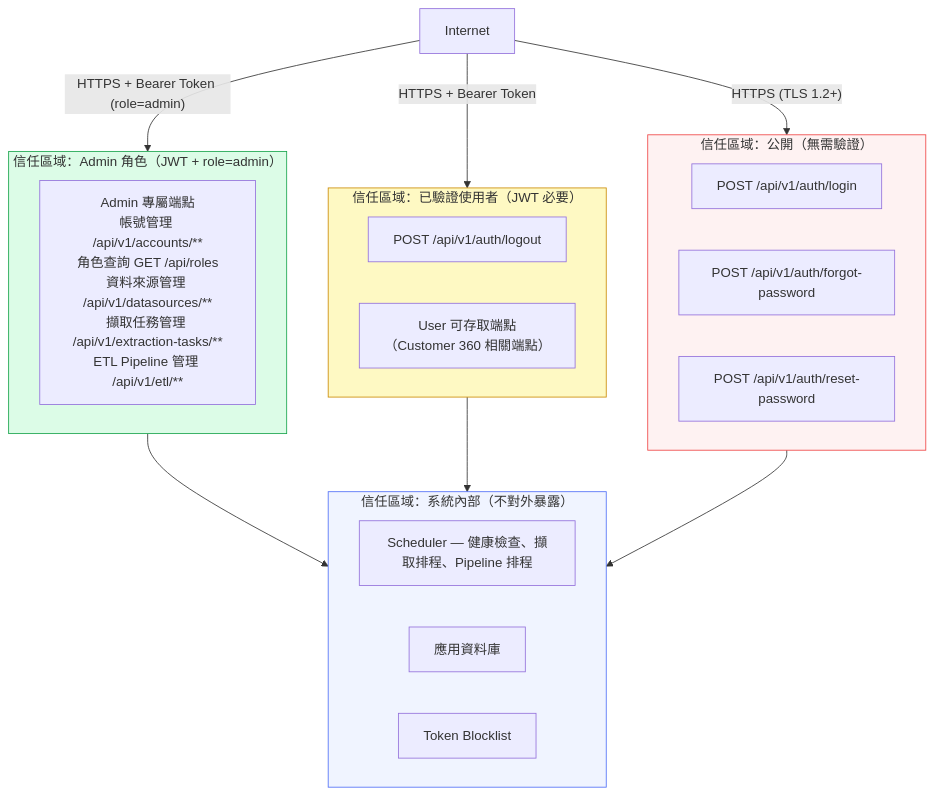
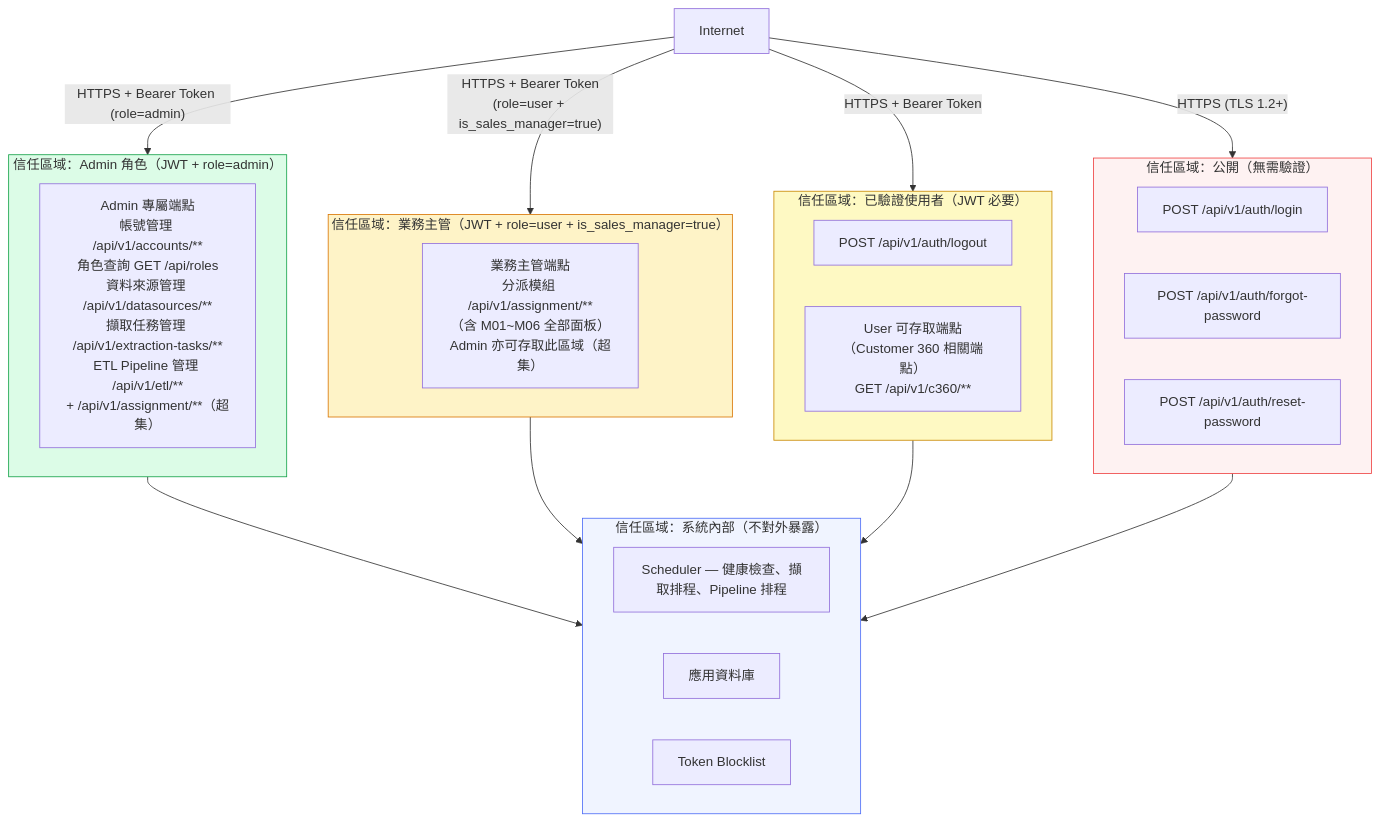
The third of 19 diagrams in docs/specs/architecture-spec.md (wisewhalesoft/cdmp-mvp), drawn with Mermaid before and after one commit. The commit also changed other lines of this file and 2 other files, not shown here.

````diff
--- a/docs/specs/architecture-spec.md
+++ b/docs/specs/architecture-spec.md
@@ -170,39 +180,47 @@
 ```mermaid
 graph TB
     subgraph TZ_Public["信任區域：公開（無需驗證）"]
         Login["POST /api/v1/auth/login"]
         ForgotPw["POST /api/v1/auth/forgot-password"]
         ResetPw["POST /api/v1/auth/reset-password"]
     end
 
     subgraph TZ_Auth["信任區域：已驗證使用者（JWT 必要）"]
         Logout["POST /api/v1/auth/logout"]
-        UserEndpoints["User 可存取端點<br/>（Customer 360 相關端點）"]
+        UserEndpoints["User 可存取端點<br/>（Customer 360 相關端點）<br/>GET /api/v1/c360/**"]
+    end
+
+    subgraph TZ_SalesManager["信任區域：業務主管（JWT + role=user + is_sales_manager=true）"]
+        SalesEndpoints["業務主管端點<br/>分派模組 /api/v1/assignment/**<br/>（含 M01~M06 全部面板）<br/>Admin 亦可存取此區域（超集）"]
     end
 
     subgraph TZ_Admin["信任區域：Admin 角色（JWT + role=admin）"]
-        AdminEndpoints["Admin 專屬端點<br/>帳號管理 /api/v1/accounts/**<br/>角色查詢 GET /api/roles<br/>資料來源管理 /api/v1/datasources/**<br/>擷取任務管理 /api/v1/extraction-tasks/**<br/>ETL Pipeline 管理 /api/v1/etl/**"]
+        AdminEndpoints["Admin 專屬端點<br/>帳號管理 /api/v1/accounts/**<br/>角色查詢 GET /api/roles<br/>資料來源管理 /api/v1/datasources/**<br/>擷取任務管理 /api/v1/extraction-tasks/**<br/>ETL Pipeline 管理 /api/v1/etl/**<br/>+ /api/v1/assignment/**（超集）"]
     end
 
     subgraph TZ_Internal["信任區域：系統內部（不對外暴露）"]
         Scheduler["Scheduler — 健康檢查、擷取排程、Pipeline 排程"]
         DB["應用資料庫"]
         TokenStore["Token Blocklist"]
     end
 
     Internet -->|"HTTPS (TLS 1.2+)"| TZ_Public
     Internet -->|"HTTPS + Bearer Token"| TZ_Auth
+    Internet -->|"HTTPS + Bearer Token<br/>(role=user + is_sales_manager=true)"| TZ_SalesManager
     Internet -->|"HTTPS + Bearer Token (role=admin)"| TZ_Admin
     TZ_Admin --> TZ_Internal
+    TZ_SalesManager --> TZ_Internal
     TZ_Auth --> TZ_Internal
     TZ_Public --> TZ_Internal
 
     classDef public fill:#fef2f2,stroke:#ef4444
     classDef auth fill:#fef9c3,stroke:#ca8a04
+    classDef sales fill:#fef3c7,stroke:#d97706
     classDef admin fill:#dcfce7,stroke:#16a34a
     classDef internal fill:#f0f4ff,stroke:#4f6ef7
     class TZ_Public public
     class TZ_Auth auth
+    class TZ_SalesManager sales
     class TZ_Admin admin
     class TZ_Internal internal
 ```
````
